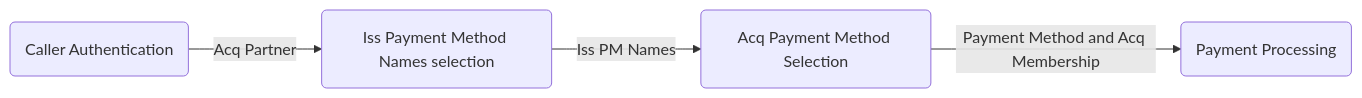
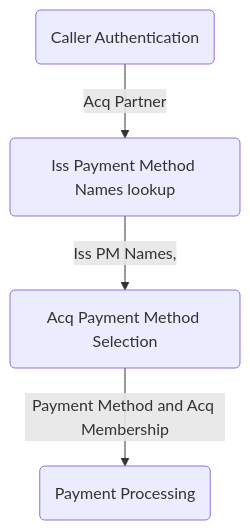
Before and after one commit to predrag-rakic/predrag-config: the second of 2 diagrams in obsidian-notes/bluecode/Architecture/Payment Method selection Algorithm.md, drawn with Mermaid. The commit also changed other lines of this file and 33 other files, not shown here.

````diff
--- a/obsidian-notes/bluecode/Architecture/Payment Method selection Algorithm.md
+++ b/obsidian-notes/bluecode/Architecture/Payment Method selection Algorithm.md
@@ -42,10 +61,10 @@
 ```mermaid
-flowchart LR
+flowchart TB
 auth(Caller Authentication)
-ipms(Iss Payment Method Names selection)
+ipms(Iss Payment Method Names lookup)
 apms(Acq Payment Method Selection)
 pp(Payment Processing)
 auth-->|Acq Partner|ipms
--->|Iss PM Names|apms
+-->|Iss PM Names, <Iss Scheme>|apms
 -->|Payment Method and Acq Membership|pp
 ```
````
